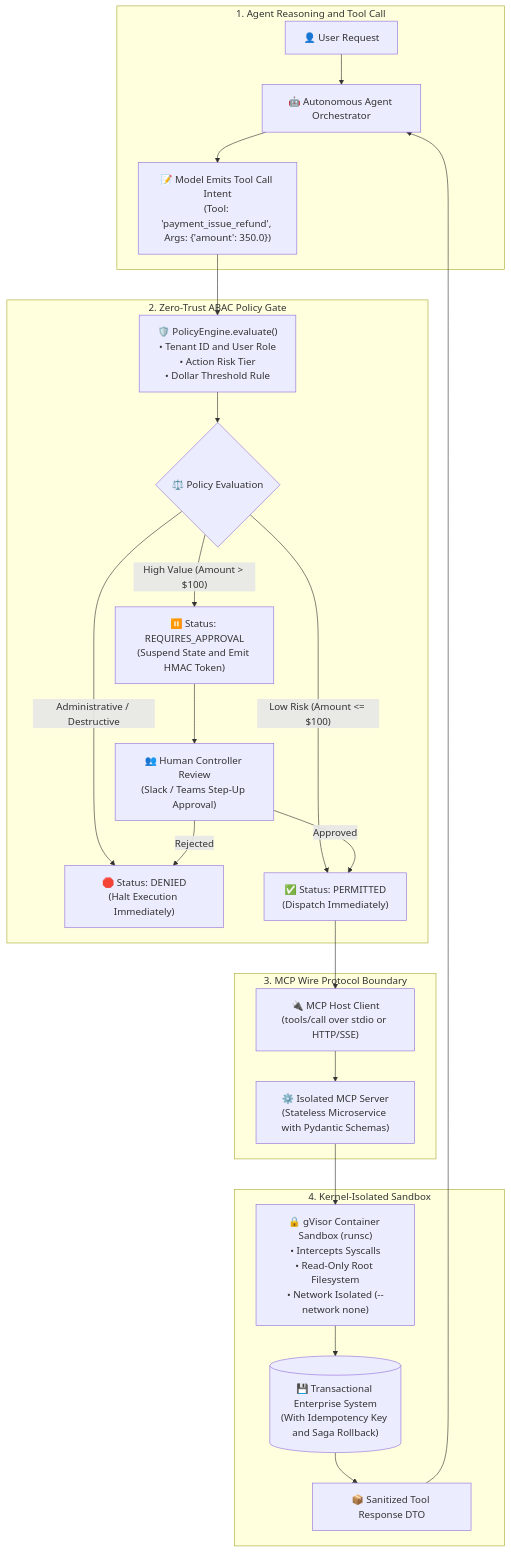
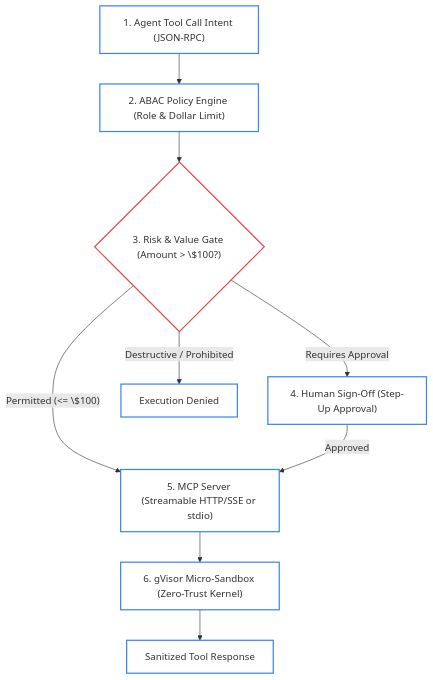
Before and after one commit to dip4k/senior-engineer-to-ai-engineer-roadmap: the first of 2 diagrams in use-cases/use-case-03-mcp-sandboxing-tooling.md, drawn with Mermaid. The commit also changed other lines of this file and 49 other files, not shown here.

First line of the commit message:
feat(curriculum): complete 2026 refactoring across roadmaps, use-cases, labs, and agent-forge

````diff
--- a/use-cases/use-case-03-mcp-sandboxing-tooling.md
+++ b/use-cases/use-case-03-mcp-sandboxing-tooling.md
@@ -24,33 +25,22 @@
 ```mermaid
 flowchart TD
-    subgraph Client["1. Agent Reasoning and Tool Call"]
-        User["👤 User Request"] --> Agent["🤖 Autonomous Agent Orchestrator"]
-        Agent --> Decision["📝 Model Emits Tool Call Intent<br>(Tool: 'payment_issue_refund', Args: {'amount': 350.0})"]
-    end
+    Agent["1. Agent Tool Call Intent (JSON-RPC)"]
+    Policy["2. ABAC Policy Engine (Role & Dollar Limit)"]
+    Gate{"3. Risk & Value Gate (Amount > \$100?)"}
+    HITL["4. Human Sign-Off (Step-Up Approval)"]
+    MCP["5. MCP Server (Streamable HTTP/SSE or stdio)"]
+    Sandbox["6. gVisor Micro-Sandbox (Zero-Trust Kernel)"]
 
-    subgraph PolicyGate["2. Zero-Trust ABAC Policy Gate"]
-        Decision --> PolicyEngine["🛡️ PolicyEngine.evaluate()<br>• Tenant ID and User Role<br>• Action Risk Tier<br>• Dollar Threshold Rule"]
-        
-        PolicyEngine --> RiskCheck{"⚖️ Policy Evaluation"}
-        RiskCheck -- "Administrative / Destructive" --> Deny["🛑 Status: DENIED<br>(Halt Execution Immediately)"]
-        RiskCheck -- "Low Risk (Amount <= $100)" --> AutoApprove["✅ Status: PERMITTED<br>(Dispatch Immediately)"]
-        RiskCheck -- "High Value (Amount > $100)" --> Suspend["⏸️ Status: REQUIRES_APPROVAL<br>(Suspend State and Emit HMAC Token)"]
-        
-        Suspend --> HITL["👥 Human Controller Review<br>(Slack / Teams Step-Up Approval)"]
-        HITL -- "Rejected" --> Deny
-        HITL -- "Approved" --> AutoApprove
-    end
+    Agent --> Policy
+    Policy --> Gate
+    Gate -- "Permitted (<= \$100)" --> MCP
+    Gate -- "Requires Approval" --> HITL
+    HITL -- "Approved" --> MCP
+    Gate -- "Destructive / Prohibited" --> Deny["Execution Denied"]
+    MCP --> Sandbox
+    Sandbox --> Result["Sanitized Tool Response"]
 
-    subgraph MCP_Boundary["3. MCP Wire Protocol Boundary"]
-        AutoApprove --> MCP_Client["🔌 MCP Host Client<br>(tools/call over stdio or HTTP/SSE)"]
-        MCP_Client --> MCP_Server["⚙️ Isolated MCP Server<br>(Stateless Microservice with Pydantic Schemas)"]
-    end
-
-    subgraph SandboxEnv["4. Kernel-Isolated Sandbox"]
-        MCP_Server --> gVisor["🔒 gVisor Container Sandbox (runsc)<br>• Intercepts Syscalls<br>• Read-Only Root Filesystem<br>• Network Isolated (--network none)"]
-        gVisor --> Ledger[("💾 Transactional Enterprise System<br>(With Idempotency Key and Saga Rollback)")]
-        Ledger --> Result["📦 Sanitized Tool Response DTO"]
-    end
-
-    Result --> Agent
+    classDef default fill:none,stroke:#3b82f6,stroke-width:2px;
+    classDef gate fill:none,stroke:#ef4444,stroke-width:2px;
+    class Gate gate;
 ```
````
